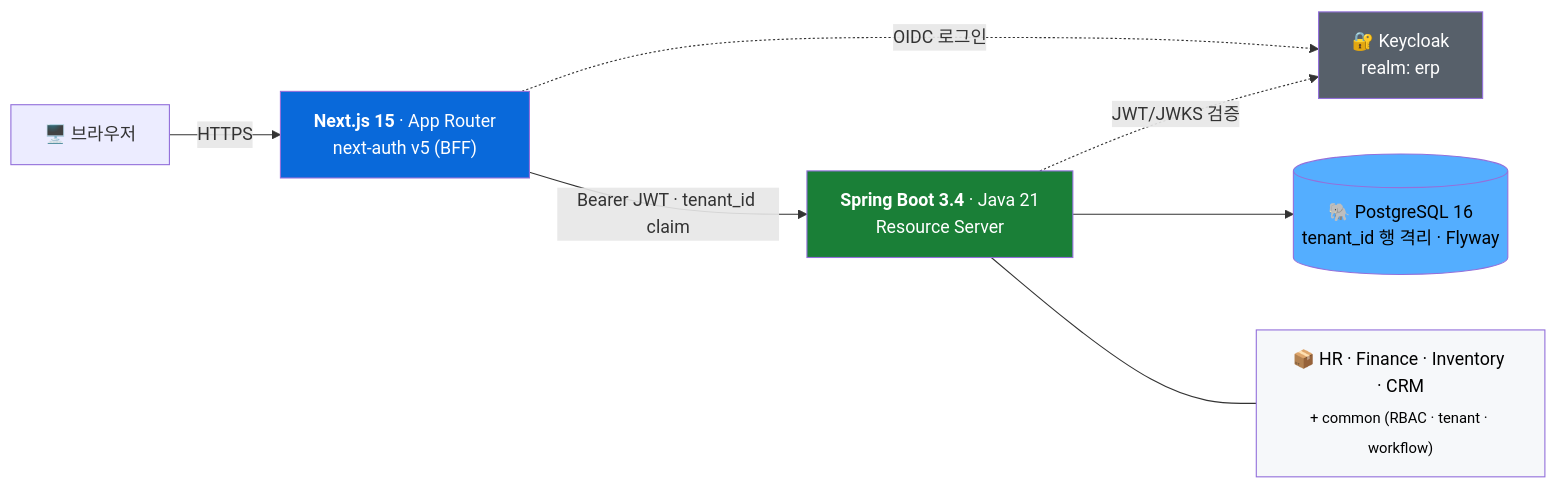
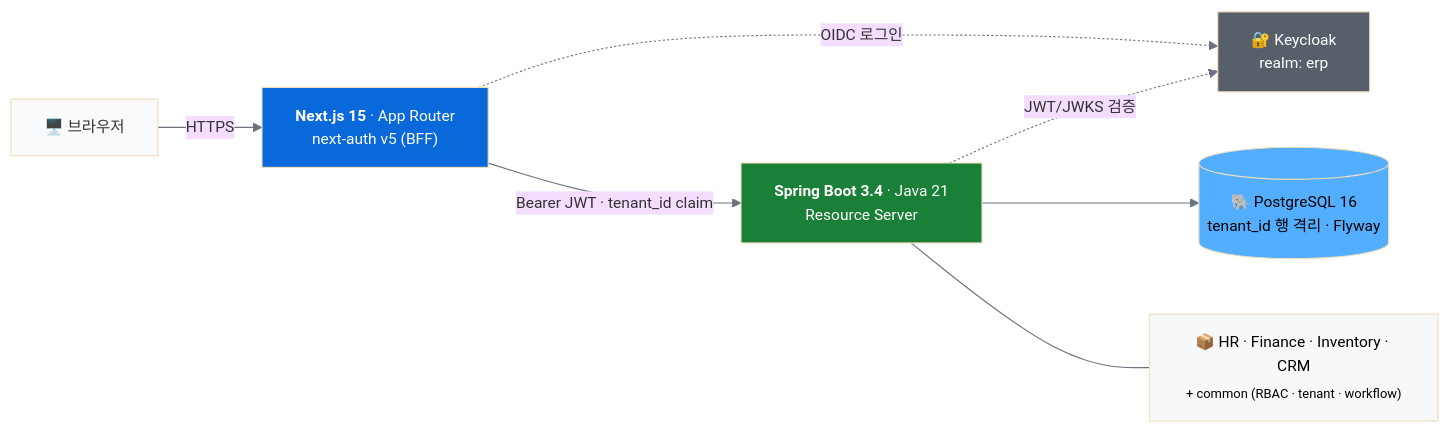
The diagram in README.md (grinvi04/erp), drawn with Mermaid before and after one commit. The commit also changed other lines of this file and 4 other files, not shown here.

````diff
--- a/README.md
+++ b/README.md
@@ -74,15 +74,16 @@
 ```mermaid
+%%{init: {'theme': 'base', 'themeVariables': {'lineColor': '#6b7280', 'background': '#f8fafc', 'mainBkg': '#f8fafc', 'fontSize': '14px'}}}%%
 flowchart LR
     Browser["🖥️ 브라우저"] -->|HTTPS| FE["<b>Next.js 15</b> · App Router<br/>next-auth v5 (BFF)"]
     FE -->|"Bearer JWT · tenant_id claim"| BE["<b>Spring Boot 3.4</b> · Java 21<br/>Resource Server"]
     FE -. "OIDC 로그인" .-> KC["🔐 Keycloak<br/>realm: erp"]
     BE -. "JWT/JWKS 검증" .-> KC
     BE --> DB[("🐘 PostgreSQL 16<br/>tenant_id 행 격리 · Flyway")]
     BE --- MOD["📦 HR · Finance · Inventory · CRM<br/><sub>+ common (RBAC · tenant · workflow)</sub>"]
 
     style FE fill:#0969da,color:#fff
     style BE fill:#1a7f37,color:#fff
     style KC fill:#57606a,color:#fff
     style DB fill:#54aeff,color:#000
     style MOD fill:#f6f8fa,color:#000
 ```
````
